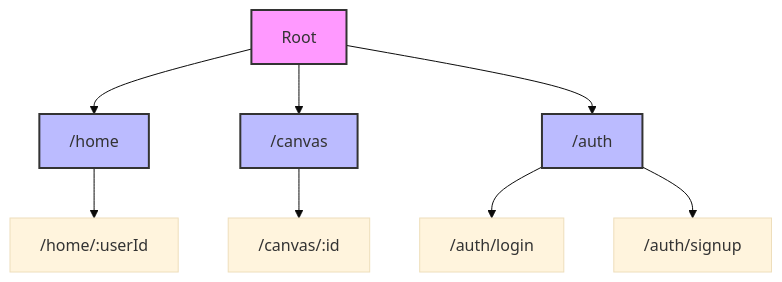
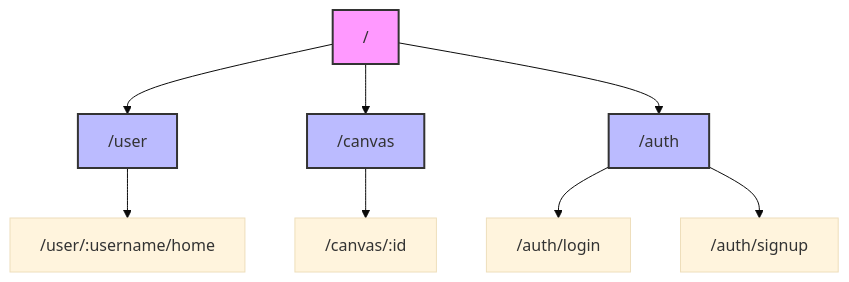
Before and after one commit to Flow-Sketch/flow-sketch-frontend: the first of 2 diagrams in src/routes/README.md, drawn with Mermaid (base theme). The commit also changed other lines of this file, not shown here.

````diff
--- a/src/routes/README.md
+++ b/src/routes/README.md
@@ -43,18 +46,18 @@
 ```mermaid
 graph TD
-    Root --> HomePage["/home"]
+    Root["/"] --> User["/user"]
     Root --> Canvas["/canvas"]
     Root --> Auth["/auth"]
     
-    HomePage --> HomeUser["/home/:userId"]
+    User --> UserHome["/user/:username/home"]
     
     Canvas --> CanvasId["/canvas/:id"]
     
     Auth --> Login["/auth/login"]
     Auth --> Signup["/auth/signup"]
     
     style Root fill:#f9f,stroke:#333,stroke-width:2px
-    style HomePage fill:#bbf,stroke:#333,stroke-width:2px
+    style User fill:#bbf,stroke:#333,stroke-width:2px
     style Canvas fill:#bbf,stroke:#333,stroke-width:2px
     style Auth fill:#bbf,stroke:#333,stroke-width:2px
 ```
````
